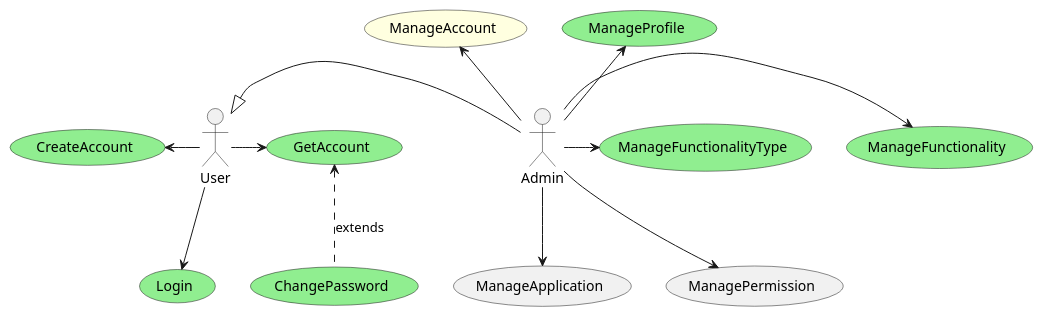
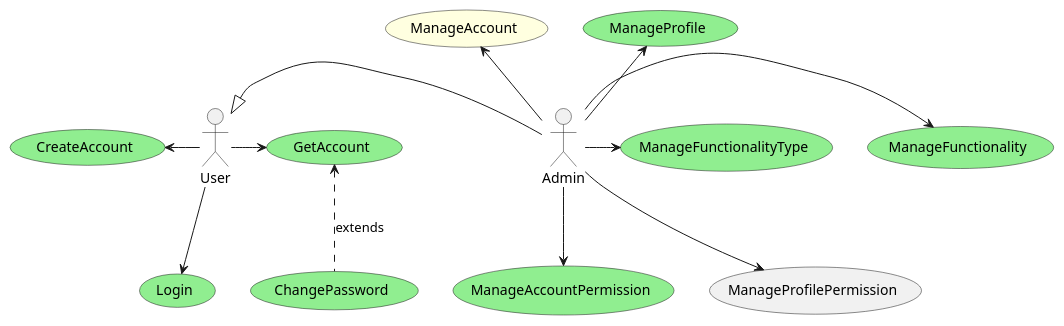
Before and after one commit to zehgreven/nutri-be-ddd-ca: the diagram in documentation/usecase/UseCase.iam.puml, drawn with PlantUML. The commit also changed 15 other files, not shown here.

Commit message:
Created GrantAndRevokeProfilePermission

```diff
--- a/documentation/usecase/UseCase.iam.puml
+++ b/documentation/usecase/UseCase.iam.puml
@@ -1,29 +1,30 @@
 @startuml Use Case
 
 actor User
 actor Admin
 
 usecase CreateAccount #LightGreen
 usecase Login #LightGreen
 usecase GetAccount #LightGreen
 usecase ChangePassword #LightGreen
 usecase ManageProfile #LightGreen
 usecase ManageFunctionalityType #LightGreen
 usecase ManageFunctionality #LightGreen
+usecase ManageAccountPermission #LightGreen
 usecase ManageAccount #LightYellow
 
 User <|-r- Admin
 
 User -l-> (CreateAccount) 
 User -r-> (GetAccount)
 (GetAccount) <.d. (ChangePassword) : extends
 User -d-> (Login)
 
 Admin -u-> (ManageProfile) 
 Admin -u-> (ManageAccount) 
-Admin -d-> (ManageApplication) 
-Admin -d-> (ManagePermission) 
+Admin -d-> (ManageProfilePermission) 
+Admin -d-> (ManageAccountPermission) 
 Admin -r-> (ManageFunctionality) 
 Admin -r-> (ManageFunctionalityType) 
 
 @enduml
```
